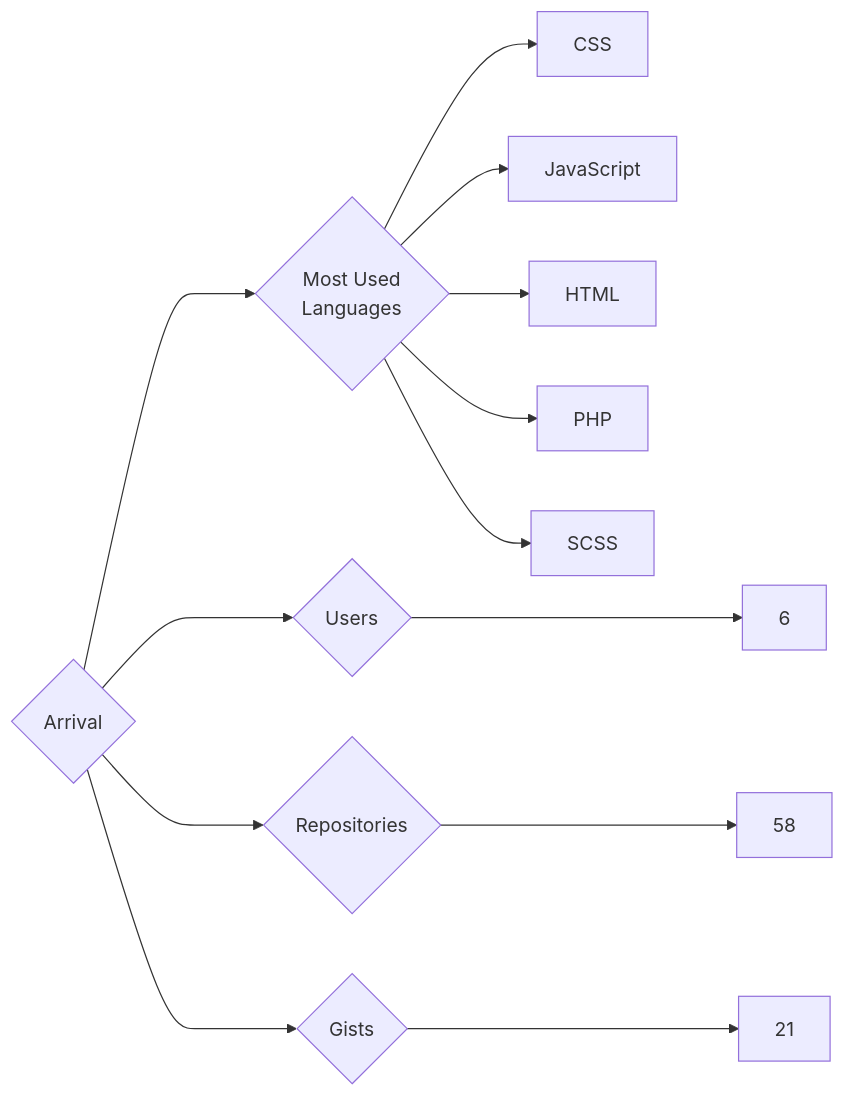
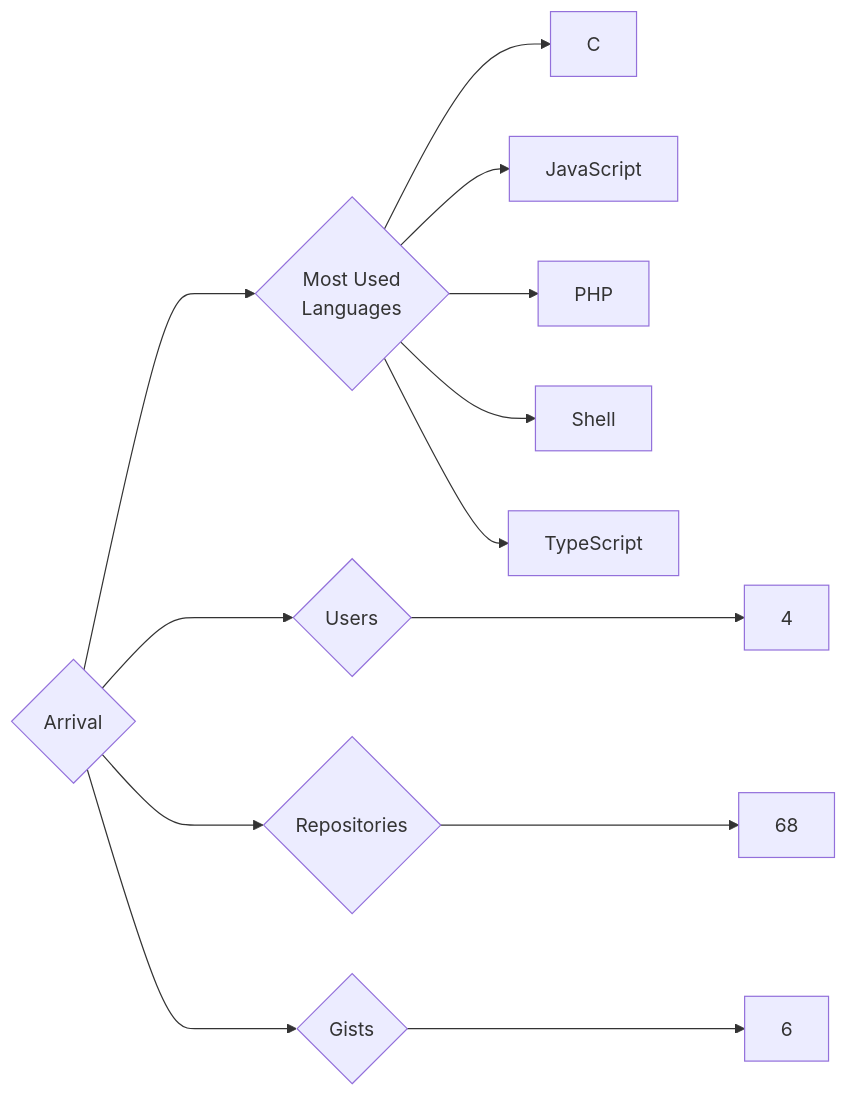
Before and after one commit to trickest/insiders: the diagram in targets/Arrival/README.md, drawn with Mermaid. The commit also changed 1030 other files, not shown here.

````diff
--- a/targets/Arrival/README.md
+++ b/targets/Arrival/README.md
@@ -3,13 +3,13 @@
 ```mermaid
 graph LR
 COMPANY_NAME{Arrival}
-COMPANY_NAME ---> U{Users} ---> UN[6]
-COMPANY_NAME ---> R{Repositories} ---> RN[58]
-COMPANY_NAME ---> G{Gists} ---> GN[21]
+COMPANY_NAME ---> U{Users} ---> UN[4]
+COMPANY_NAME ---> R{Repositories} ---> RN[68]
+COMPANY_NAME ---> G{Gists} ---> GN[6]
 COMPANY_NAME ---> ML{Most Used<br>Languages}
-ML --> CSS[CSS]
+ML --> C[C]
 ML --> JavaScript[JavaScript]
-ML --> HTML[HTML]
 ML --> PHP[PHP]
-ML --> SCSS[SCSS]
+ML --> Shell[Shell]
+ML --> TypeScript[TypeScript]
 ```
````
